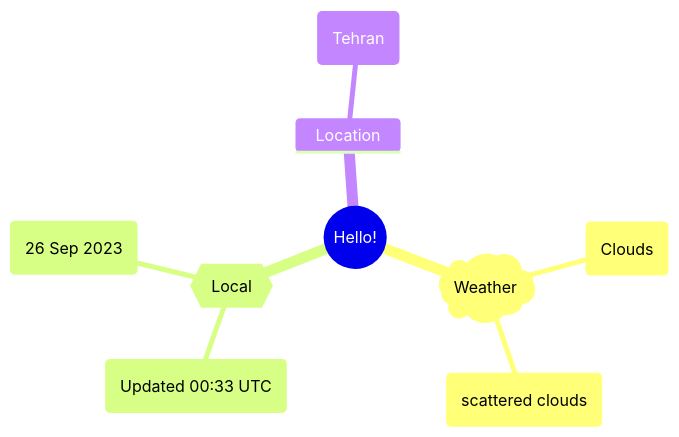
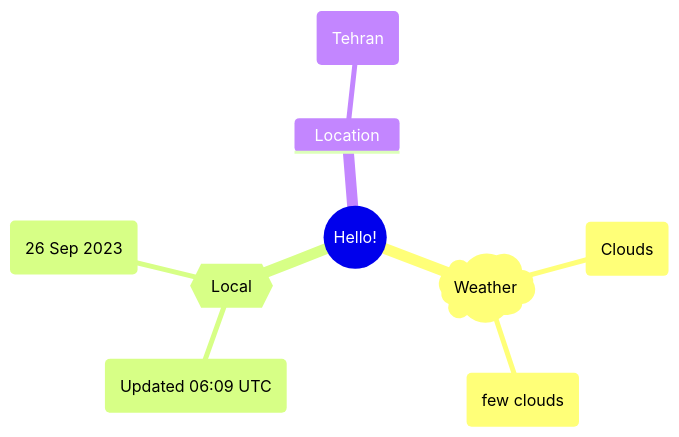
The first of 2 diagrams in README.md (Xosrov/Xosrov), drawn with Mermaid before and after one commit.

Commit message:
[bot] updated images

````diff
--- a/README.md
+++ b/README.md
@@ -3,12 +3,12 @@
 ```mermaid
 mindmap
   root((Hello!))
     )Weather(
         (Clouds)
-        (scattered clouds)
+        (few clouds)
     {{Local}}
-        (Updated 00:33 UTC)
+        (Updated 06:09 UTC)
         (26 Sep 2023)
     Location
         (Tehran)
 ```
````
